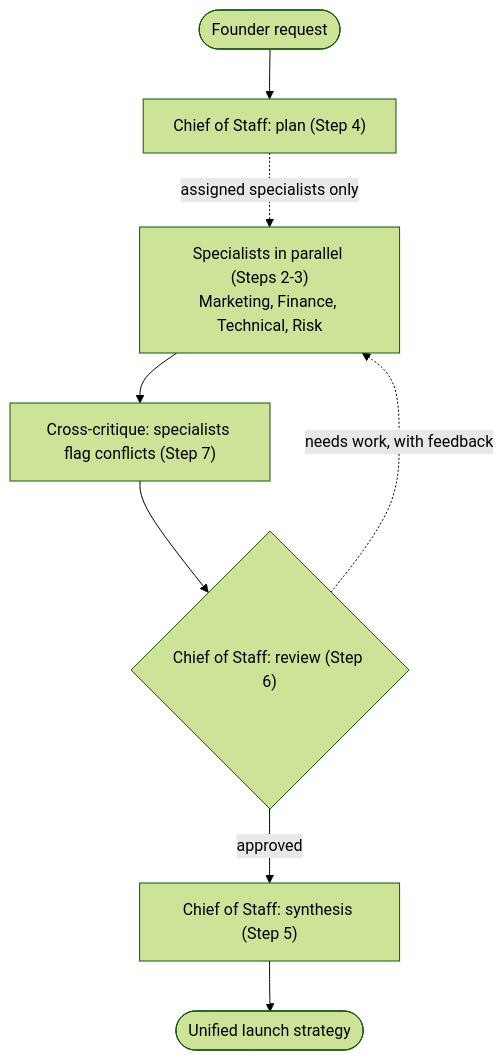
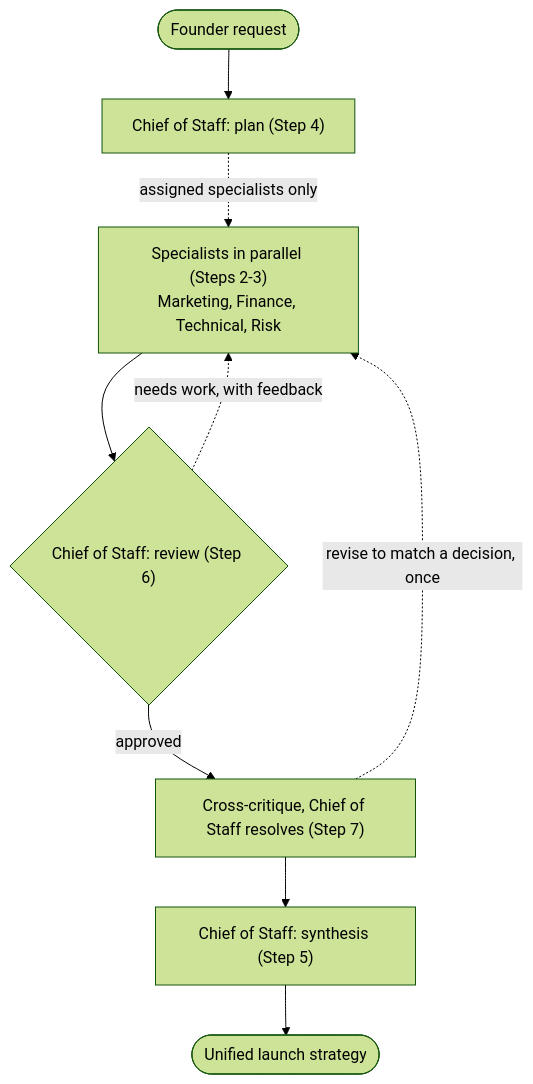
One commit to lakshmiGanesh009/ai-startup-cofounder changed the diagram in DEVELOPMENT_PLAN.md. Above: the diagram before and after it, drawn with Mermaid (forest theme). The commit also changed other lines of this file and 3 other files, not shown here.

````diff
--- a/DEVELOPMENT_PLAN.md
+++ b/DEVELOPMENT_PLAN.md
@@ -53,10 +61,11 @@
 ```mermaid
 graph TD
     IN([Founder request]) --> PLAN["Chief of Staff: plan (Step 4)"]
     PLAN -.->|assigned specialists only| SPEC["Specialists in parallel (Steps 2-3)<br/>Marketing, Finance, Technical, Risk"]
-    SPEC --> CROSS["Cross-critique: specialists flag conflicts (Step 7)"]
-    CROSS --> REVIEW{"Chief of Staff: review (Step 6)"}
+    SPEC --> REVIEW{"Chief of Staff: review (Step 6)"}
     REVIEW -.->|needs work, with feedback| SPEC
-    REVIEW -->|approved| SYN["Chief of Staff: synthesis (Step 5)"]
+    REVIEW -->|approved| CROSS["Cross-critique, Chief of Staff resolves (Step 7)"]
+    CROSS -.->|revise to match a decision, once| SPEC
+    CROSS --> SYN["Chief of Staff: synthesis (Step 5)"]
     SYN --> OUT([Unified launch strategy])
 ```
````
